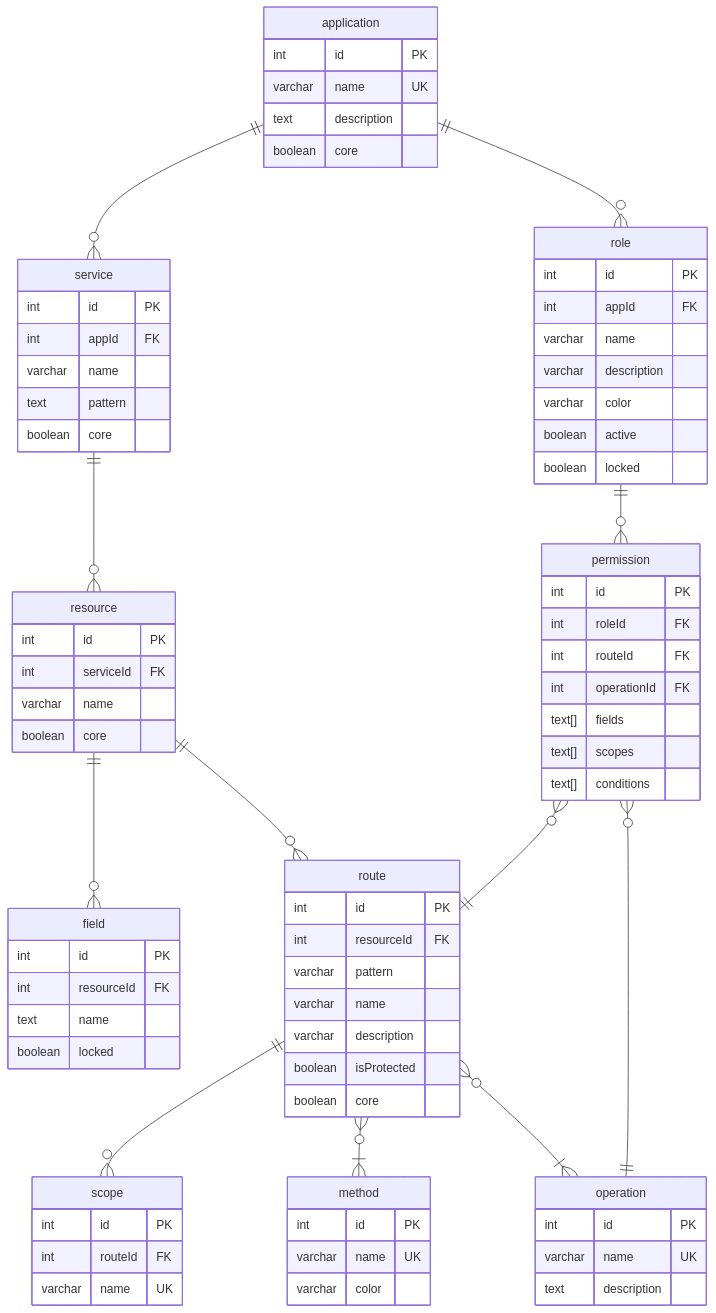
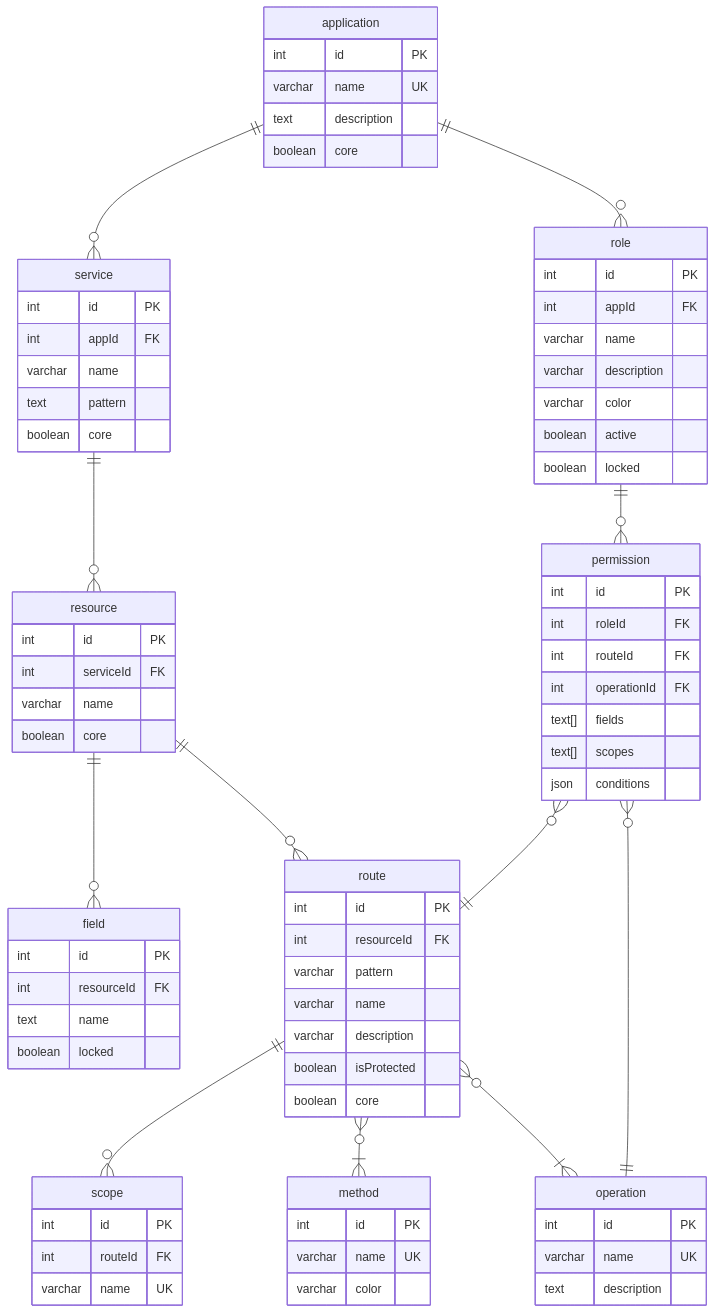
The first of 2 diagrams in doc/erd.md (ALTEN-group/Gatelin), drawn with Mermaid before and after one commit. The commit also changed 4 other files, not shown here.

Commit message:
refactor(permission): change conditions type to JSON

```diff
--- a/doc/erd.md
+++ b/doc/erd.md
@@ -44,7 +44,7 @@
     int operationId FK
     text[] fields
     text[] scopes
-    text[] conditions
+    json conditions
   }
 
   service {
```
